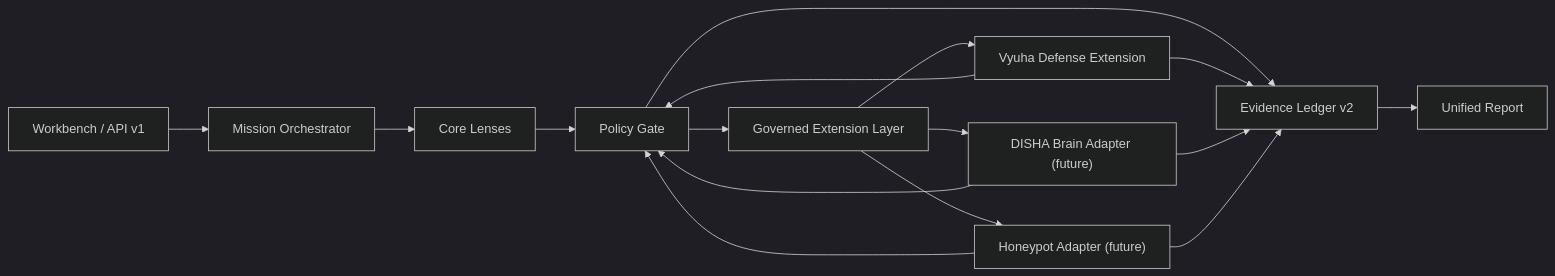
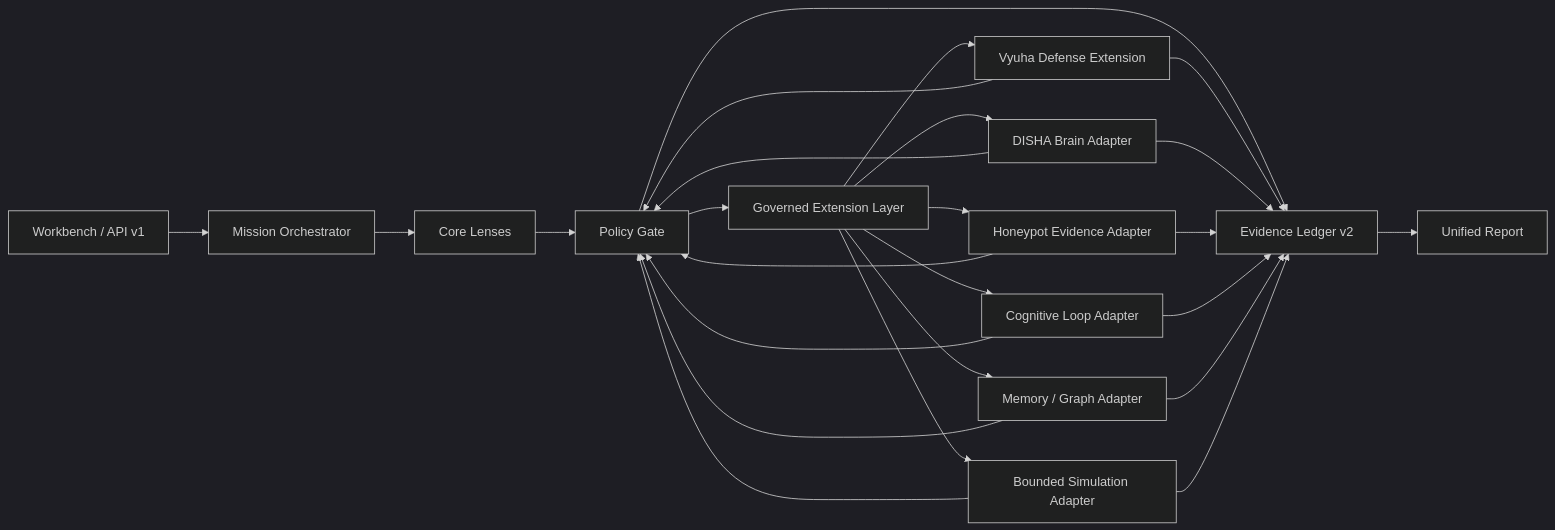
Before and after one commit to Tashima-Tarsh/Disha: the first of 2 diagrams in ARCHITECTURE.md, drawn with Mermaid (dark theme). The commit also changed other lines of this file and 8 other files, not shown here.

````diff
--- a/ARCHITECTURE.md
+++ b/ARCHITECTURE.md
@@ -31,18 +31,27 @@
 ```mermaid
 flowchart LR
     A["Workbench / API v1"] --> B["Mission Orchestrator"]
     B --> C["Core Lenses"]
     C --> D["Policy Gate"]
     D --> E["Evidence Ledger v2"]
     D --> F["Governed Extension Layer"]
     F --> G["Vyuha Defense Extension"]
-    F --> H["DISHA Brain Adapter (future)"]
-    F --> I["Honeypot Adapter (future)"]
+    F --> H["DISHA Brain Adapter"]
+    F --> I["Honeypot Evidence Adapter"]
+    F --> K["Cognitive Loop Adapter"]
+    F --> L["Memory / Graph Adapter"]
+    F --> M["Bounded Simulation Adapter"]
     G --> D
     H --> D
     I --> D
+    K --> D
+    L --> D
+    M --> D
     G --> E
     H --> E
     I --> E
+    K --> E
+    L --> E
+    M --> E
     E --> J["Unified Report"]
 ```
````
